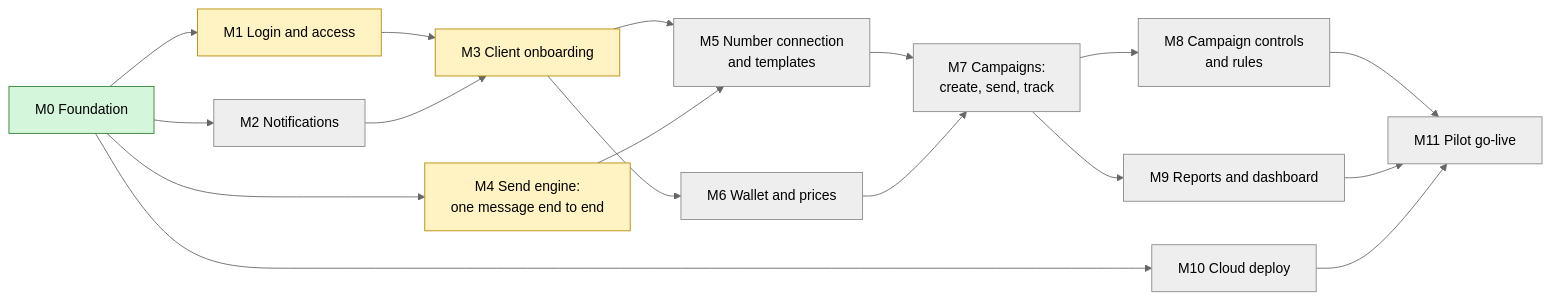
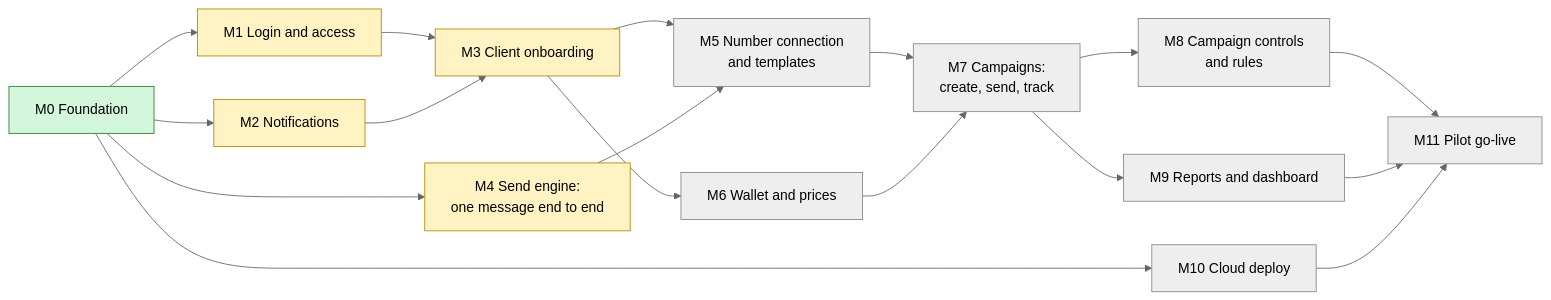
The diagram in docs/project-tracker.md (reaplift/reaplift-bsp), drawn with Mermaid (neutral theme) before and after one commit. The commit also changed other lines of this file and 18 other files, not shown here.

````diff
--- a/docs/project-tracker.md
+++ b/docs/project-tracker.md
@@ -19,36 +19,36 @@
 ```mermaid
 flowchart LR
   M0["M0 Foundation"]:::done
   M1["M1 Login and access"]:::wip
-  M2["M2 Notifications"]:::todo
+  M2["M2 Notifications"]:::wip
   M3["M3 Client onboarding"]:::wip
   M4["M4 Send engine:<br/>one message end to end"]:::wip
   M5["M5 Number connection<br/>and templates"]:::todo
   M6["M6 Wallet and prices"]:::todo
   M7["M7 Campaigns:<br/>create, send, track"]:::todo
   M8["M8 Campaign controls<br/>and rules"]:::todo
   M9["M9 Reports and dashboard"]:::todo
   M10["M10 Cloud deploy"]:::todo
   M11["M11 Pilot go-live"]:::todo
 
   M0 --> M1
   M0 --> M2
   M0 --> M4
   M0 --> M10
   M1 --> M3
   M2 --> M3
   M3 --> M5
   M4 --> M5
   M3 --> M6
   M5 --> M7
   M6 --> M7
   M7 --> M8
   M7 --> M9
   M8 --> M11
   M9 --> M11
   M10 --> M11
 
   classDef done fill:#d4f7dc,stroke:#2e7d32,color:#000
   classDef wip fill:#fff3c4,stroke:#b58900,color:#000
   classDef todo fill:#eeeeee,stroke:#888,color:#000
 ```
````
